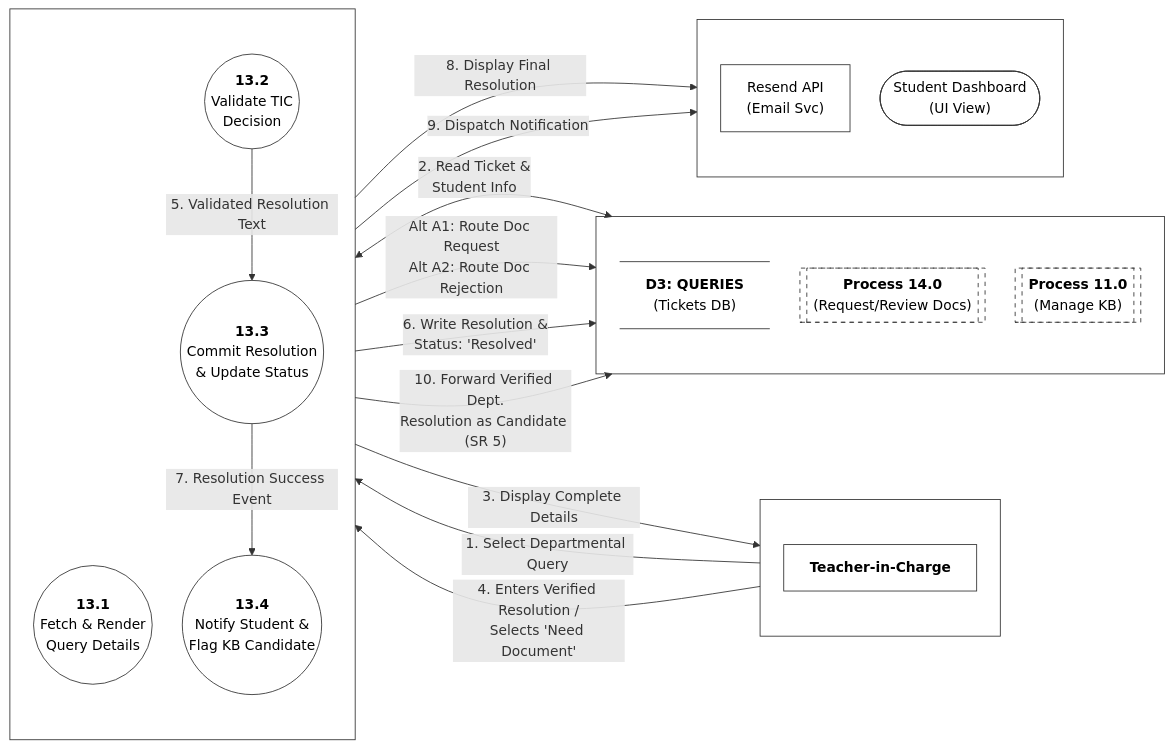
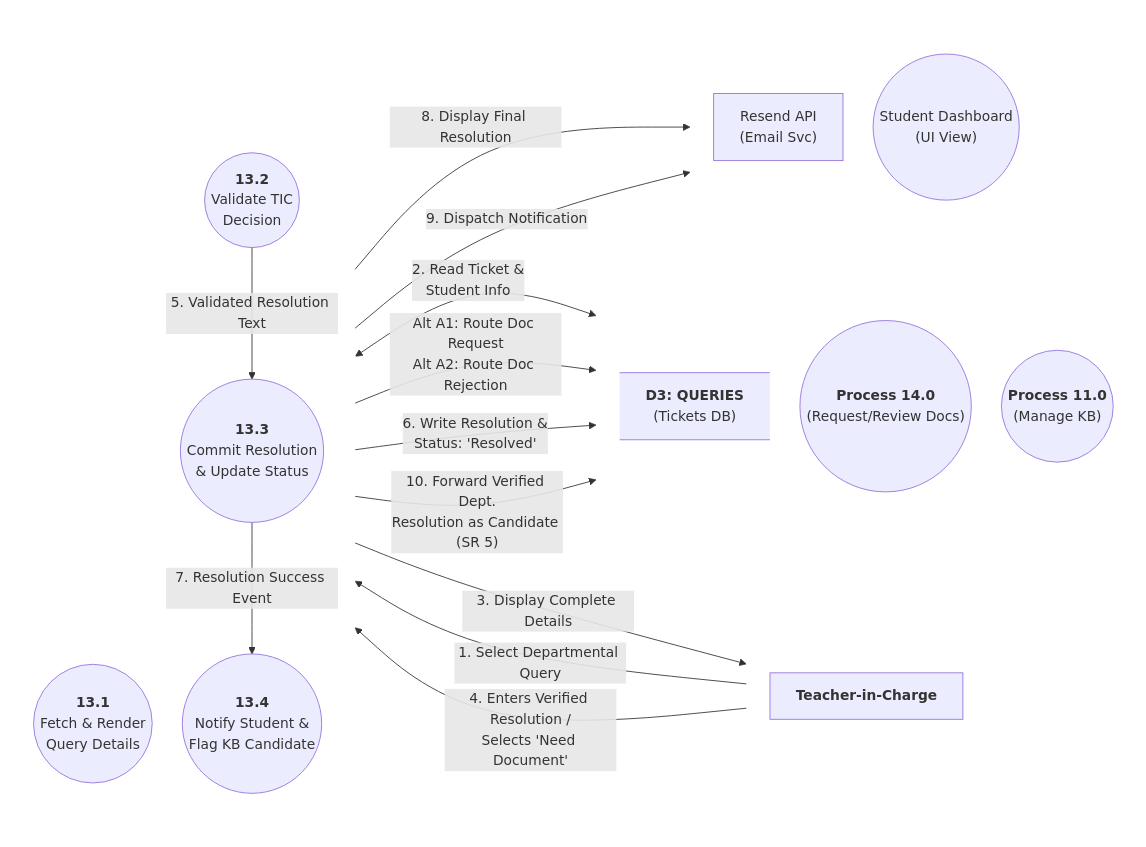
The diagram in SE/ideathon/documents/L2-DFD-T02.mmd (aryanhrc3428/Semester-5), drawn with Mermaid before and after one commit. The commit also changed 43 other files, not shown here.

```diff
--- a/SE/ideathon/documents/L2-DFD-T02.mmd
+++ b/SE/ideathon/documents/L2-DFD-T02.mmd
@@ -1,90 +1,78 @@
 %%{init: {
   "flowchart": {
     "htmlLabels": true,
     "nodeSpacing": 35,
     "rankSpacing": 80,
     "padding": 15
   }
 }}%%
 flowchart LR
 
     %% -------------------------------------------------------------
     %% COLUMN 1: ACTORS
     %% -------------------------------------------------------------
     subgraph Actors [" "]
         direction TB
         TIC["<b>Teacher-in-Charge</b>"]
     end
 
     %% -------------------------------------------------------------
     %% COLUMN 2: SUB-PROCESSES (Decomposition of 13.0)
     %% -------------------------------------------------------------
     subgraph SubProcesses [" "]
         direction TB
         P13_1(("<b>13.1</b><br/>Fetch &amp; Render<br/>Query Details"))
         P13_2(("<b>13.2</b><br/>Validate TIC<br/>Decision"))
         P13_3(("<b>13.3</b><br/>Commit Resolution<br/>&amp; Update Status"))
         P13_4(("<b>13.4</b><br/>Notify Student &amp;<br/>Flag KB Candidate"))
     end
 
     %% -------------------------------------------------------------
     %% COLUMN 3: DATA STORES & INTERNAL ROUTING
     %% -------------------------------------------------------------
     subgraph DataStores [" "]
         direction TB
         D3@{ shape: datastore, label: "<b>D3: QUERIES</b><br/>(Tickets DB)" }
-        P14[["<b>Process 14.0</b><br/>(Request/Review Docs)"]]
-        P11[["<b>Process 11.0</b><br/>(Manage KB)"]]
+        P14(("<b>Process 14.0</b><br/>(Request/Review Docs)"))
+        P11(("<b>Process 11.0</b><br/>(Manage KB)"))
     end
 
     %% -------------------------------------------------------------
     %% COLUMN 4: EXTERNAL SERVICES & UI SINKS
     %% -------------------------------------------------------------
     subgraph ExtServices [" "]
         direction TB
         ExtEmail["Resend API<br/>(Email Svc)"]
-        StudentDash(["Student Dashboard<br/>(UI View)"])
+        StudentDash(("Student Dashboard<br/>(UI View)"))
     end
 
     %% =============================================================
     %% DATA FLOWS
     %% =============================================================
 
     %% --- 13.1 Fetch Details ---
     TIC -->|"1. Select Departmental Query"| P13_1
     P13_1 <-->|"2. Read Ticket &<br/>Student Info"| D3
     P13_1 -->|"3. Display Complete Details"| TIC
     
     %% --- 13.2 Validate Decision ---
     TIC -->|"4. Enters Verified Resolution /<br/>Selects 'Need Document'"| P13_2
     P13_2 -->|"Alt A1: Route Doc Request<br/>Alt A2: Route Doc Rejection"| P14
     
     %% --- 13.3 Commit Resolution ---
     P13_2 -->|"5. Validated Resolution Text"| P13_3
     P13_3 -->|"6. Write Resolution &<br/>Status: 'Resolved'"| D3
     
     %% --- 13.4 Notify & Flag ---
     P13_3 -->|"7. Resolution Success Event"| P13_4
     P13_4 -->|"8. Display Final Resolution"| StudentDash
     P13_4 -->|"9. Dispatch Notification"| ExtEmail
     P13_4 -->|"10. Forward Verified Dept.<br/>Resolution as Candidate (SR 5)"| P11
 
     %% -------------------------------------------------------------
     %% STYLING
     %% -------------------------------------------------------------
-    classDef processStyle fill:#fff,stroke:#333,stroke-width:1px,color:#000
-    classDef storeStyle fill:#fff,stroke:#333,stroke-width:1px,color:#000
-    classDef actorStyle fill:#fff,stroke:#333,stroke-width:1px,color:#000
-    classDef extStyle fill:#fff,stroke:#333,stroke-width:1px,color:#000
-    classDef routeStyle fill:#fff,stroke:#333,stroke-width:1px,color:#000,stroke-dasharray: 5 5
-
-    class P13_1,P13_2,P13_3,P13_4 processStyle;
-    class D3 storeStyle;
-    class P14,P11 routeStyle;
-    class TIC actorStyle;
-    class ExtEmail,StudentDash extStyle;
-
-    style Actors fill:none,stroke:#333,stroke-width:1px
-    style SubProcesses fill:none,stroke:#333,stroke-width:1px
-    style DataStores fill:none,stroke:#333,stroke-width:1px
-    style ExtServices fill:none,stroke:#333,stroke-width:1px
+    style Actors fill:none, stroke:none
+    style DataStores fill:none, stroke:none
+    style SubProcesses fill:none, stroke:none
+    style ExtServices fill:none, stroke:none
```
